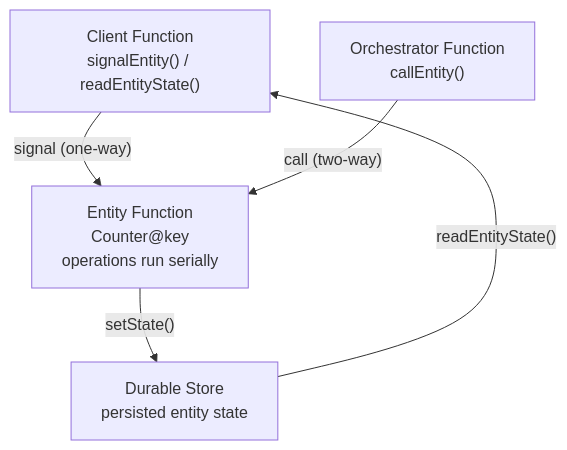
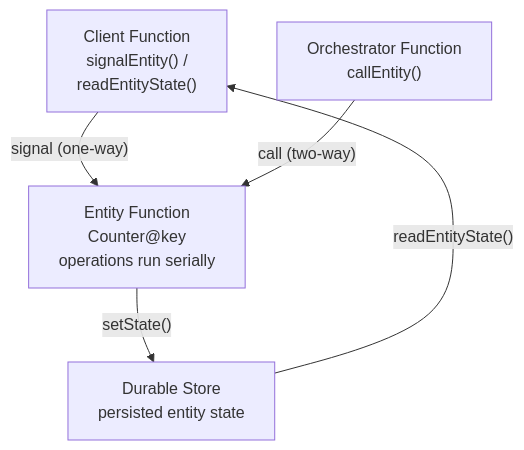
One commit to yeongseon/azure-functions-practical-guide changed the diagram in docs/language-guides/nodejs/recipes/durable-entities.md. Above: the diagram before and after it, drawn with Mermaid. The commit also changed 4 other files, not shown here.

First line of the commit message:
docs(diagrams): migrate Functions Durable Functions — durable entities and durable orchestration and related pages (#420)

````diff
--- a/docs/language-guides/nodejs/recipes/durable-entities.md
+++ b/docs/language-guides/nodejs/recipes/durable-entities.md
@@ -35,7 +35,9 @@
 ```mermaid
 flowchart TD
-    CLIENT["Client Function\nsignalEntity() / readEntityState()"] -->|"signal (one-way)"| ENT["Entity Function\nCounter@key\noperations run serially"]
-    ORC["Orchestrator Function\ncallEntity()"] -->|"call (two-way)"| ENT
-    ENT -->|"setState()"| STORE["Durable Store\npersisted entity state"]
+    accTitle: Node.js Durable Entity access and persisted state
+    accDescr: Logical view of a Counter entity. A client signals an operation without waiting for its result; an orchestrator calls and waits for a response. Operations for one entity run serially. setState updates entity state, which the runtime persists after execution. The store-to-client arrow represents reading committed state with readEntityState, not a store-initiated connection.
+    CLIENT["Client Function<br/>signalEntity() /<br/>readEntityState()"] -->|"signal (one-way)"| ENT["Entity Function<br/>Counter@key<br/>operations run serially"]
+    ORC["Orchestrator Function<br/>callEntity()"] -->|"call (two-way)"| ENT
+    ENT -->|"setState()"| STORE["Durable Store<br/>persisted entity state"]
     STORE -->|"readEntityState()"| CLIENT
 ```
````
